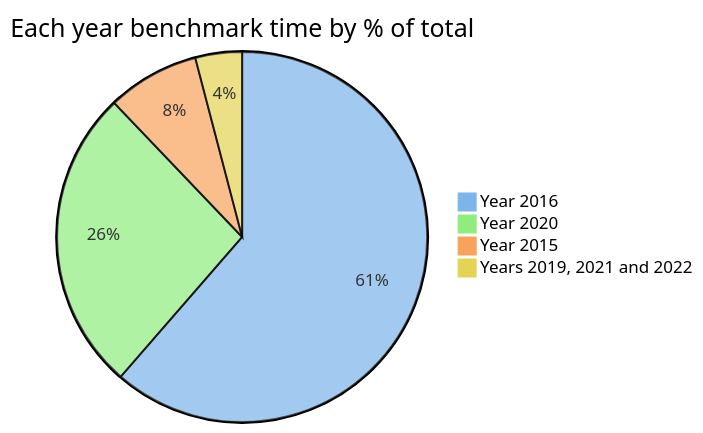
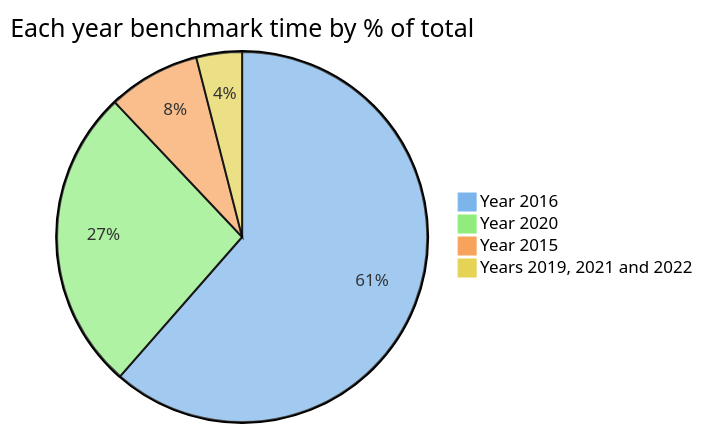
Before and after one commit to maneatingape/advent-of-code-rust: the first of 7 diagrams in README.md, drawn with Mermaid. The commit also changed other lines of this file and 1 other file, not shown here.

````diff
--- a/README.md
+++ b/README.md
@@ -61,9 +61,9 @@
 ```mermaid
 %%{init: {"themeVariables": { "pie1": "#7cb5ec", "pie2": "#90ed7d", "pie3": "#f7a35c", "pie4": "#e4d354", "pie5": "#e4c4fb", "pie6": "#c6cdd5"}}}%%
 pie
     title Each year benchmark time by % of total
     "Year 2016" : 663
     "Year 2020" : 286
     "Year 2015" : 87
-    "Years 2019, 2021 and 2022" : 44
+    "Years 2019, 2021 and 2022" : 43
 ```
````
